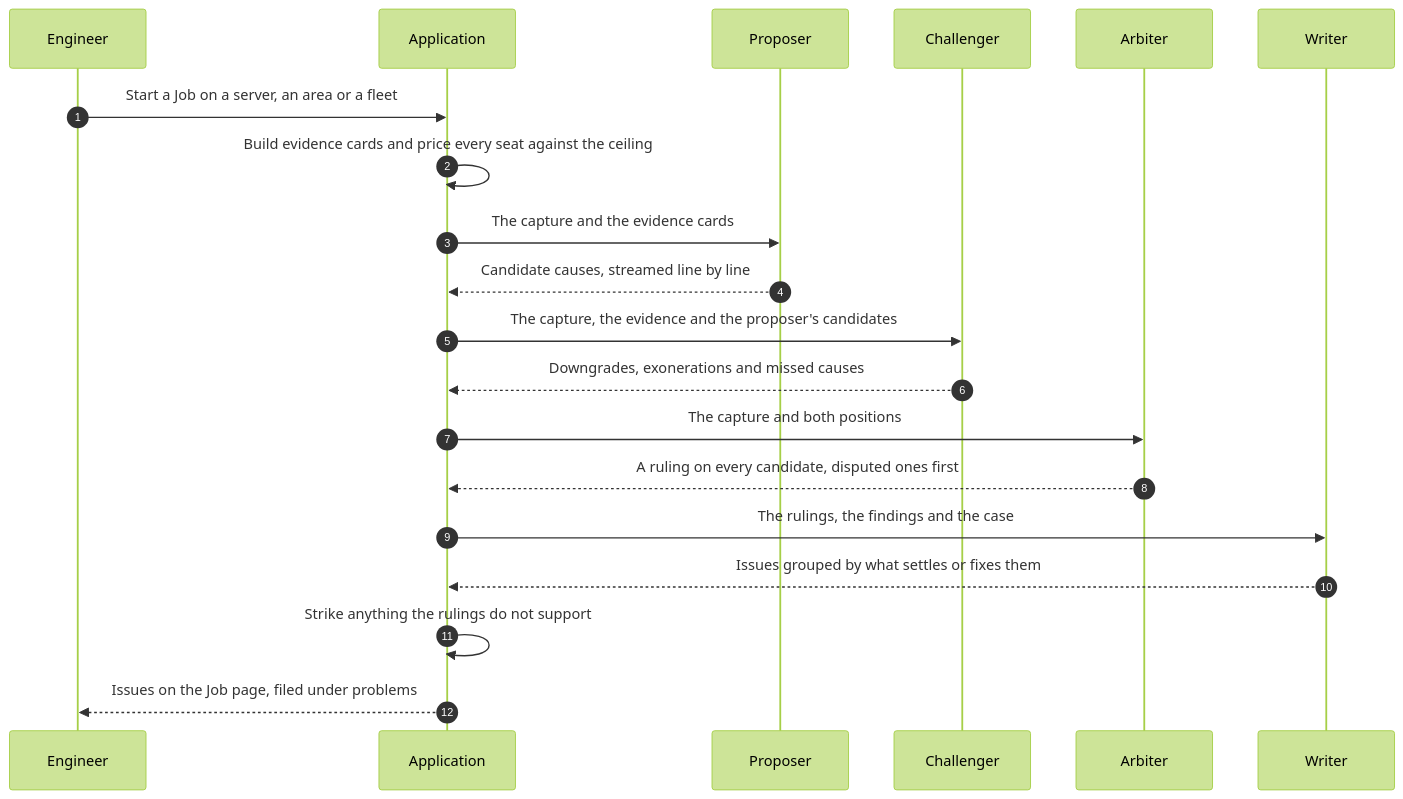
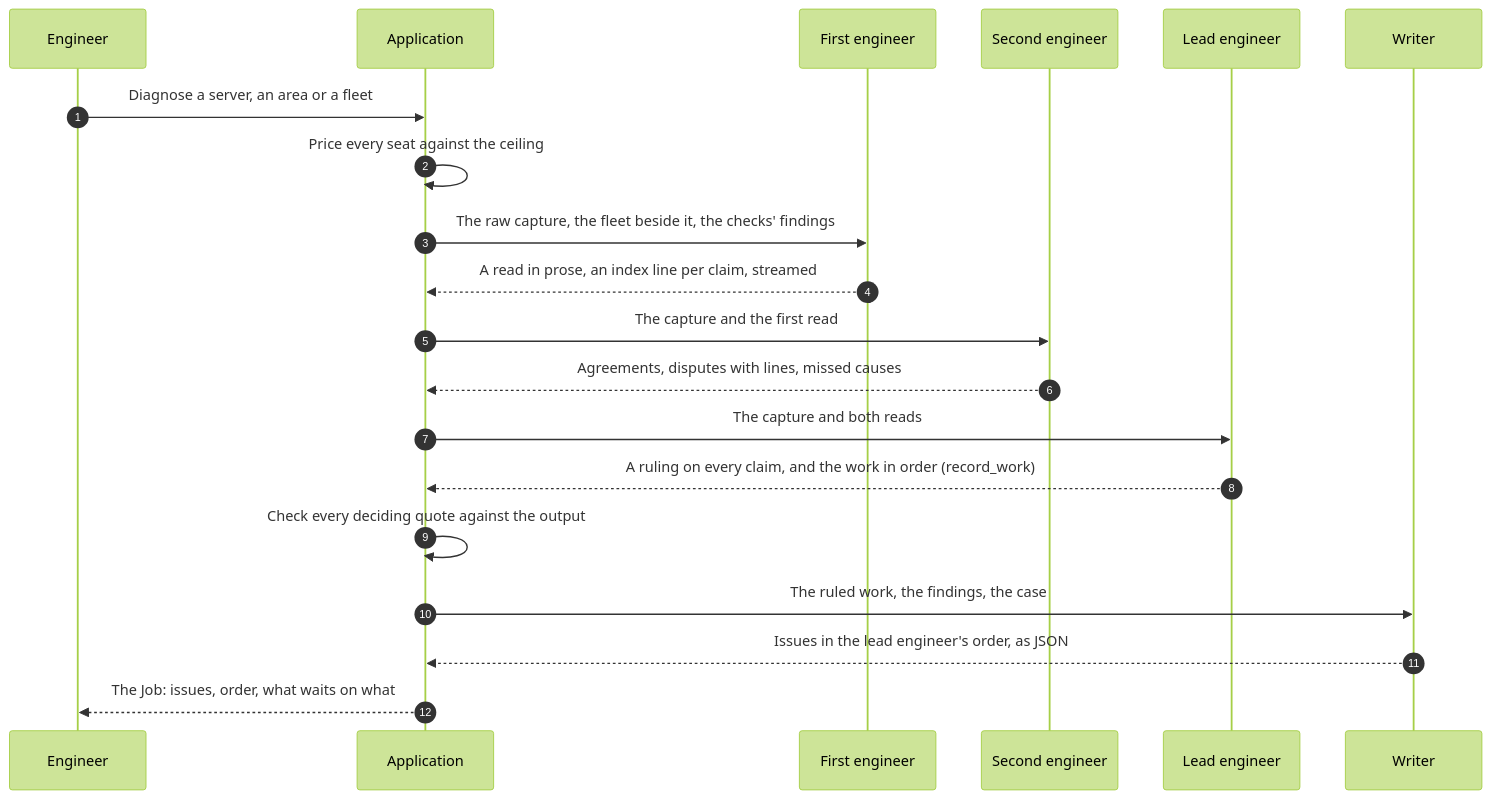
Before and after one commit to RyanH-sudo/ninjatoolkit-case-study: the fourth of 8 diagrams in CASE_STUDY.md, drawn with Mermaid (forest theme). The commit also changed other lines of this file and 2 other files, not shown here.

First line of the commit message:
The October 2026 build: the case study rewritten and re-measured

````diff
--- a/CASE_STUDY.md
+++ b/CASE_STUDY.md
@@ -458,22 +720,22 @@
 ```mermaid
 sequenceDiagram
     autonumber
     participant E as Engineer
     participant A as Application
-    participant P as Proposer
-    participant C as Challenger
-    participant R as Arbiter
+    participant P as First engineer
+    participant C as Second engineer
+    participant R as Lead engineer
     participant W as Writer
-    E->>A: Start a Job on a server, an area or a fleet
-    A->>A: Build evidence cards and price every seat against the ceiling
-    A->>P: The capture and the evidence cards
-    P-->>A: Candidate causes, streamed line by line
-    A->>C: The capture, the evidence and the proposer's candidates
-    C-->>A: Downgrades, exonerations and missed causes
-    A->>R: The capture and both positions
-    R-->>A: A ruling on every candidate, disputed ones first
-    A->>W: The rulings, the findings and the case
-    W-->>A: Issues grouped by what settles or fixes them
-    A->>A: Strike anything the rulings do not support
-    A-->>E: Issues on the Job page, filed under problems
+    E->>A: Diagnose a server, an area or a fleet
+    A->>A: Price every seat against the ceiling
+    A->>P: The raw capture, the fleet beside it, the checks' findings
+    P-->>A: A read in prose, an index line per claim, streamed
+    A->>C: The capture and the first read
+    C-->>A: Agreements, disputes with lines, missed causes
+    A->>R: The capture and both reads
+    R-->>A: A ruling on every claim, and the work in order (record_work)
+    A->>A: Check every deciding quote against the output
+    A->>W: The ruled work, the findings, the case
+    W-->>A: Issues in the lead engineer's order, as JSON
+    A-->>E: The Job: issues, order, what waits on what
 ```
````
